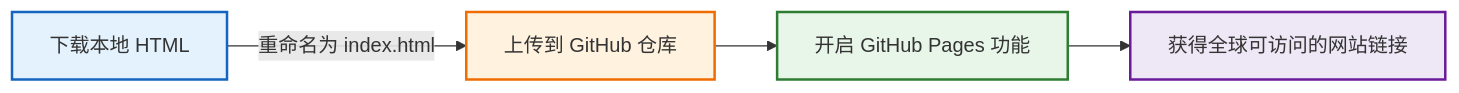
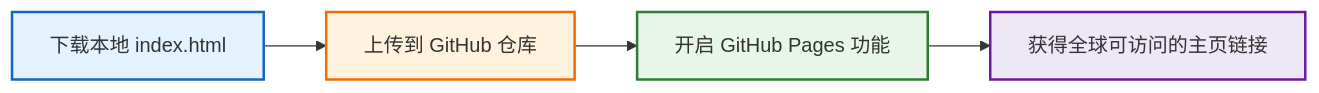
The first of 2 diagrams in docs/github_pages.md (ruanqizhen/cocode), drawn with Mermaid before and after one commit. The commit also changed other lines of this file and 4 other files, not shown here.

````diff
--- a/docs/github_pages.md
+++ b/docs/github_pages.md
@@ -31,11 +124,12 @@
 ```mermaid
 flowchart LR
-    A[下载本地 HTML] -->|重命名为 index.html| B[上传到 GitHub 仓库]
+    A[下载本地 index.html] --> B[上传到 GitHub 仓库]
     B --> C[开启 GitHub Pages 功能]
-    C --> D[获得全球可访问的网站链接]
+    C --> D[获得全球可访问的主页链接]
 
     style A fill:#e3f2fd,stroke:#1565c0,stroke-width:2px
     style B fill:#fff3e0,stroke:#ef6c00,stroke-width:2px
     style C fill:#e8f5e9,stroke:#2e7d32,stroke-width:2px
     style D fill:#ede7f6,stroke:#6a1b9a,stroke-width:2px
+
 ```
````
